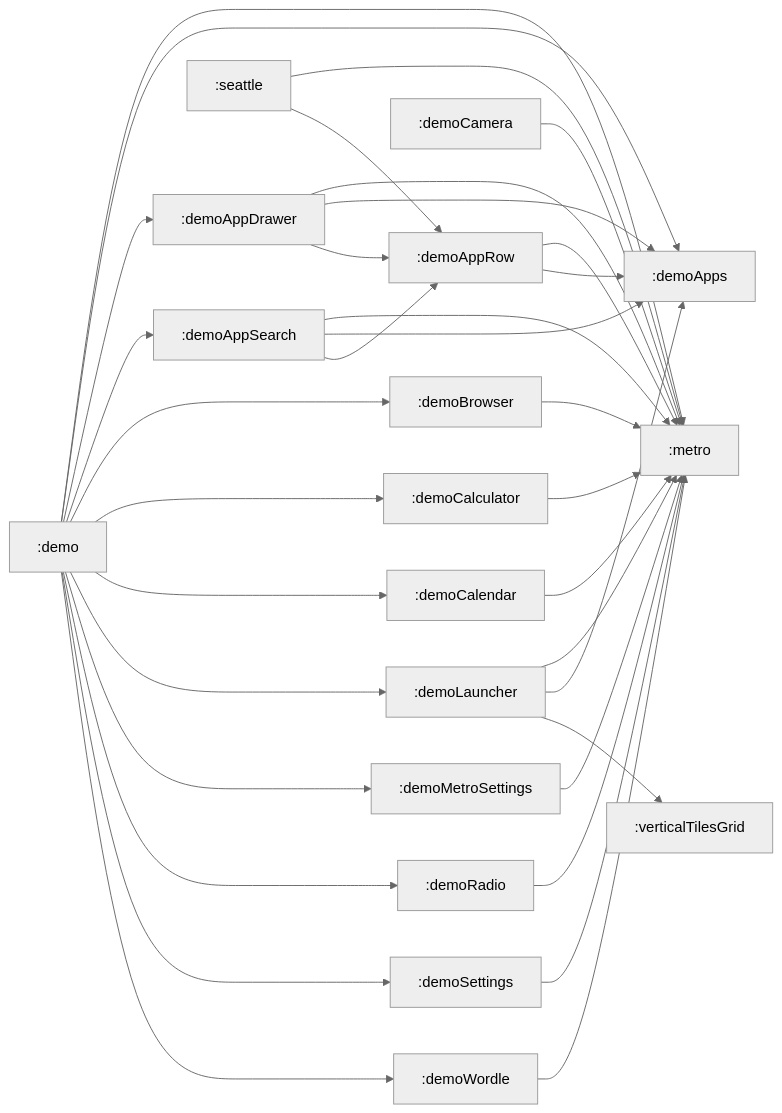
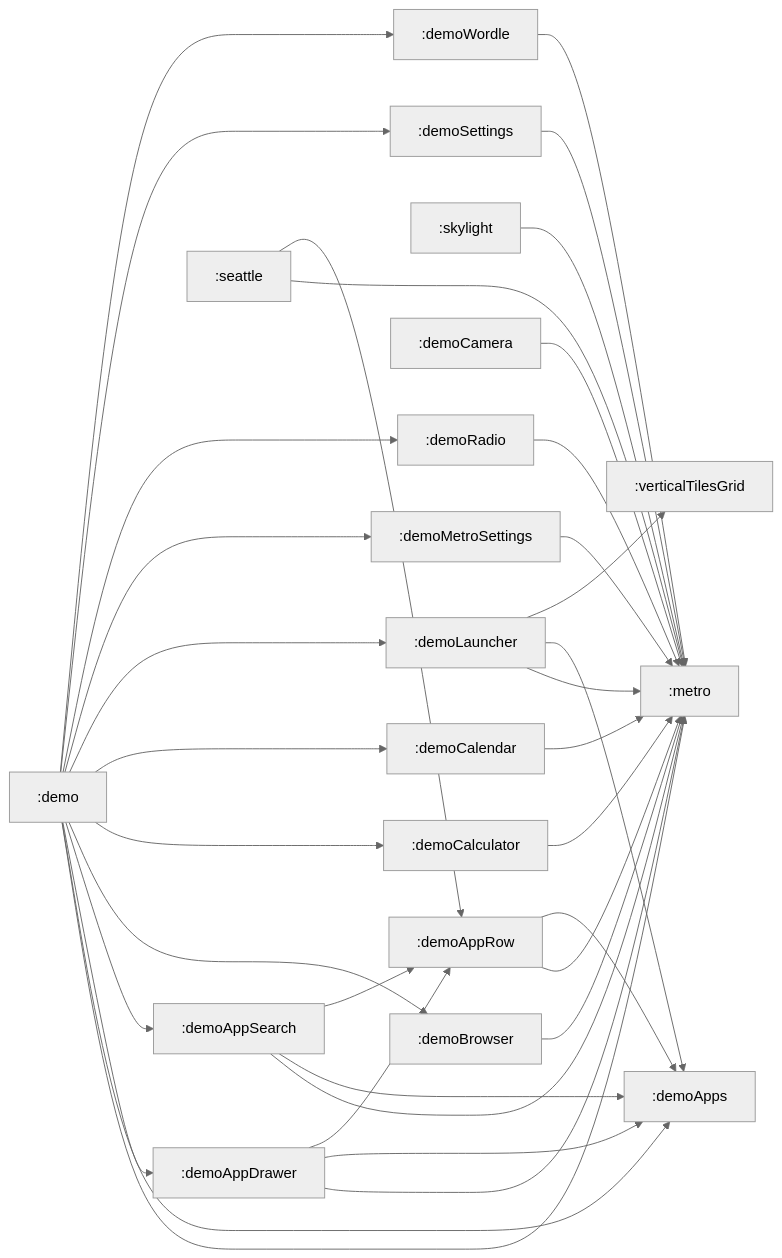
The diagram in README.md (louis993546/Metro-Compose), drawn with Mermaid before and after one commit. The commit also changed 9 other files, not shown here.

````diff
--- a/README.md
+++ b/README.md
@@ -111,42 +111,43 @@
 ```mermaid
 %%{
   init: {
     'theme': 'neutral'
   }
 }%%
 
 graph LR
   :demoAppDrawer --> :metro
   :demoAppDrawer --> :demoApps
   :demoAppDrawer --> :demoAppRow
   :demoAppSearch --> :metro
   :demoAppSearch --> :demoApps
   :demoAppSearch --> :demoAppRow
   :demoWordle --> :metro
+  :skylight --> :metro
   :seattle --> :metro
   :seattle --> :demoAppRow
   :demoSettings --> :metro
   :demoCamera --> :metro
   :demoAppRow --> :metro
   :demoAppRow --> :demoApps
   :demoMetroSettings --> :metro
   :demoCalendar --> :metro
   :demo --> :metro
   :demo --> :demoApps
   :demo --> :demoAppDrawer
   :demo --> :demoAppSearch
   :demo --> :demoBrowser
   :demo --> :demoCalculator
   :demo --> :demoCalendar
   :demo --> :demoLauncher
   :demo --> :demoMetroSettings
   :demo --> :demoRadio
   :demo --> :demoSettings
   :demo --> :demoWordle
   :demoCalculator --> :metro
   :demoBrowser --> :metro
   :demoRadio --> :metro
   :demoLauncher --> :metro
   :demoLauncher --> :demoApps
   :demoLauncher --> :verticalTilesGrid
 ```
````
